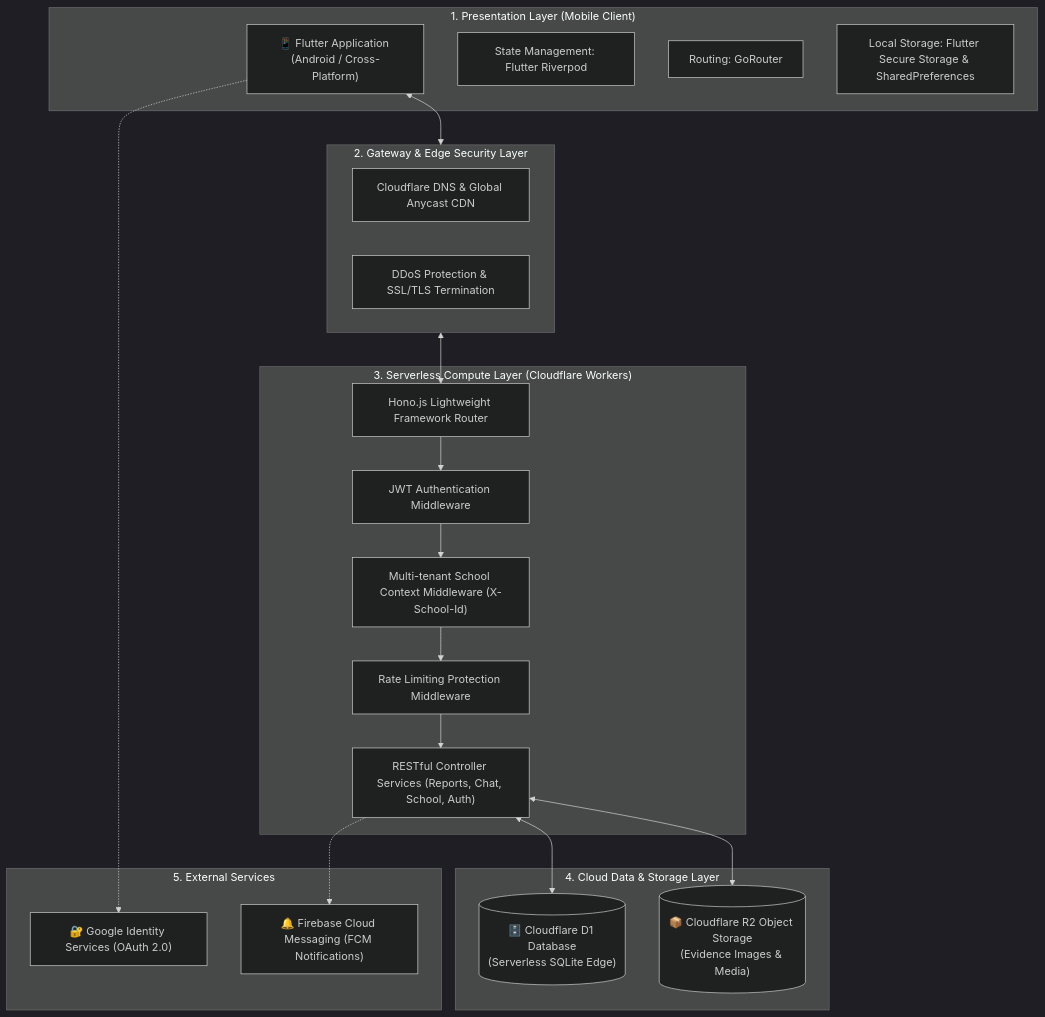
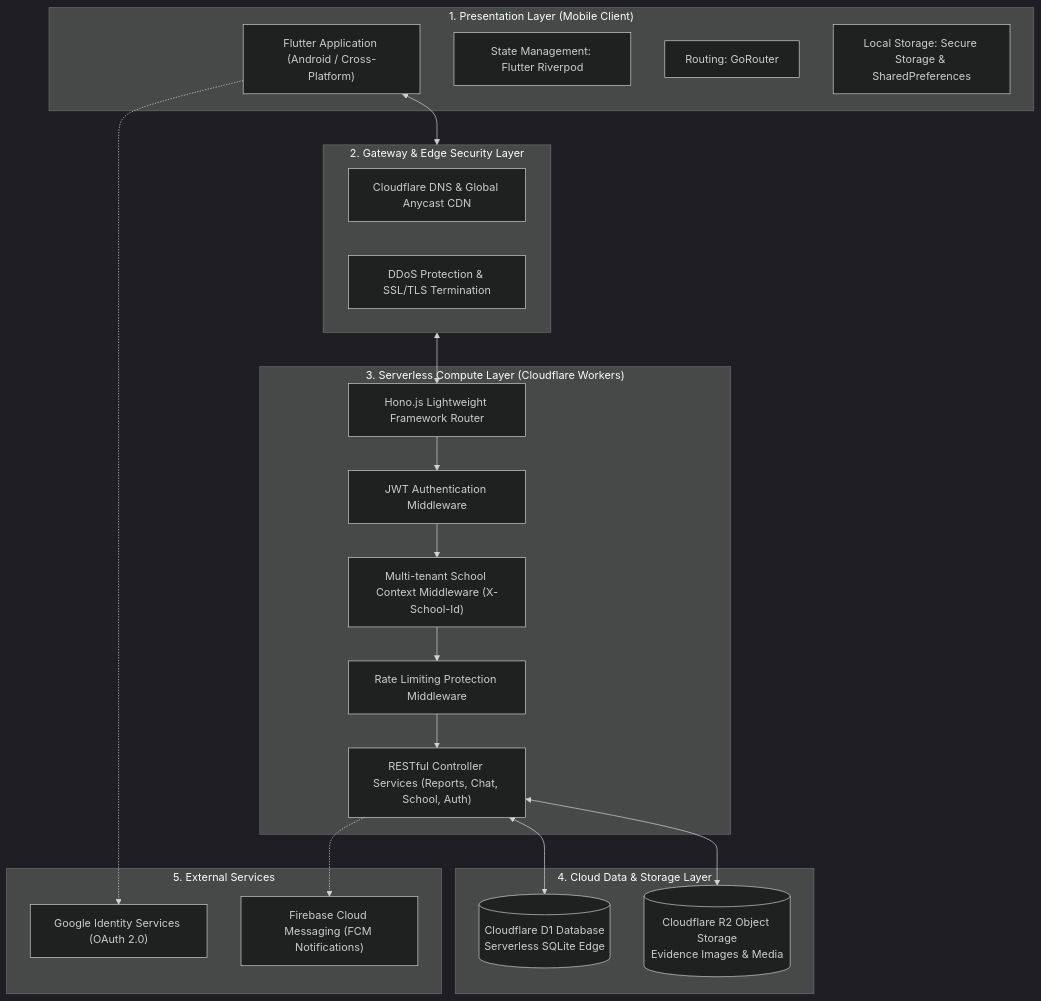
Before and after one commit to wahyuhidayatwyh-boop/APK-suarasiswa: the seventh of 7 diagrams in README.md, drawn with Mermaid (dark theme). The commit also changed other lines of this file, not shown here.

Commit message:
fix(docs): optimize mermaid diagrams syntax for GitHub markdown renderer

````diff
--- a/README.md
+++ b/README.md
@@ -461,44 +495,44 @@
 ```mermaid
 flowchart TD
     subgraph ClientLayer["1. Presentation Layer (Mobile Client)"]
-        FlutterApp["📱 Flutter Application (Android / Cross-Platform)"]
+        FlutterApp["Flutter Application (Android / Cross-Platform)"]
         RiverpodState["State Management: Flutter Riverpod"]
         GoRoute["Routing: GoRouter"]
-        SecureStore["Local Storage: Flutter Secure Storage & SharedPreferences"]
+        SecureStore["Local Storage: Secure Storage & SharedPreferences"]
     end
 
     subgraph NetworkGateway["2. Gateway & Edge Security Layer"]
         CF_DNS["Cloudflare DNS & Global Anycast CDN"]
         CF_DDoS["DDoS Protection & SSL/TLS Termination"]
     end
 
     subgraph BackendLayer["3. Serverless Compute Layer (Cloudflare Workers)"]
         HonoRouter["Hono.js Lightweight Framework Router"]
         AuthMiddleware["JWT Authentication Middleware"]
         TenantMiddleware["Multi-tenant School Context Middleware (X-School-Id)"]
         RateLimiter["Rate Limiting Protection Middleware"]
         API_Services["RESTful Controller Services (Reports, Chat, School, Auth)"]
     end
 
     subgraph StorageLayer["4. Cloud Data & Storage Layer"]
-        D1_DB[("🗄️ Cloudflare D1 Database\n(Serverless SQLite Edge)")]
-        R2_Bucket[("📦 Cloudflare R2 Object Storage\n(Evidence Images & Media)")]
+        D1_DB[("Cloudflare D1 Database<br/>Serverless SQLite Edge")]
+        R2_Bucket[("Cloudflare R2 Object Storage<br/>Evidence Images & Media")]
     end
 
     subgraph ThirdParty["5. External Services"]
-        GoogleOAuth["🔐 Google Identity Services (OAuth 2.0)"]
-        FirebaseFCM["🔔 Firebase Cloud Messaging (FCM Notifications)"]
+        GoogleOAuth["Google Identity Services (OAuth 2.0)"]
+        FirebaseFCM["Firebase Cloud Messaging (FCM Notifications)"]
     end
 
     FlutterApp <--> NetworkGateway
     NetworkGateway <--> HonoRouter
     HonoRouter --> AuthMiddleware
     AuthMiddleware --> TenantMiddleware
     TenantMiddleware --> RateLimiter
     RateLimiter --> API_Services
 
     API_Services <--> D1_DB
     API_Services <--> R2_Bucket
     API_Services -.-> FirebaseFCM
     FlutterApp -.-> GoogleOAuth
 ```
````
